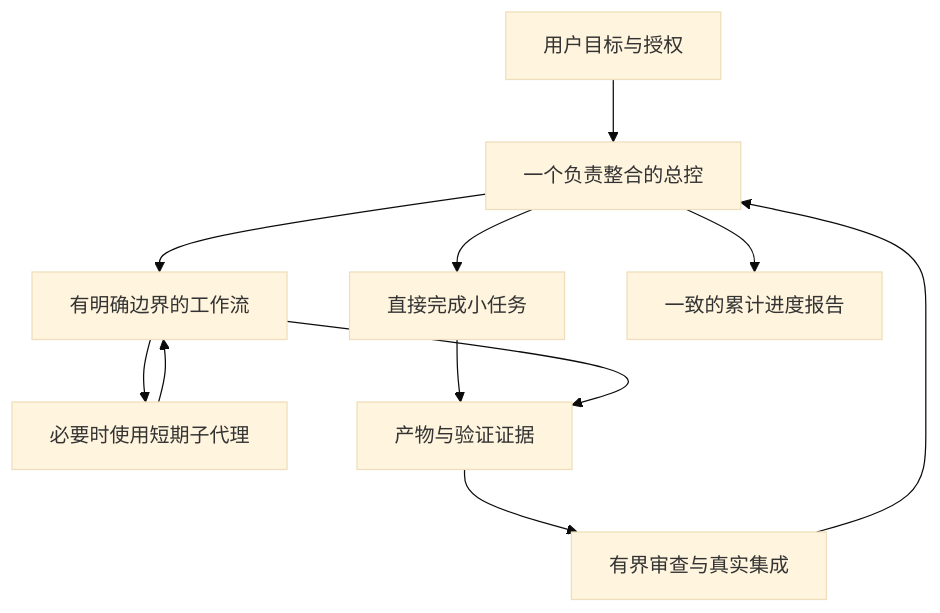
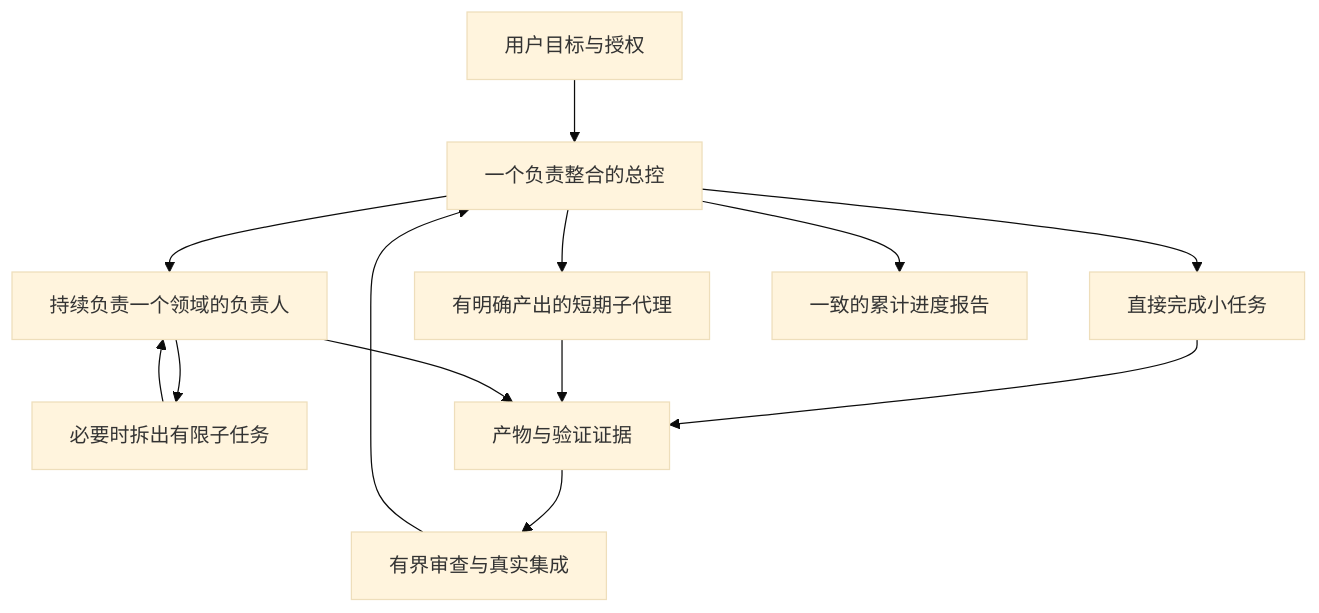
One commit to Eloiseyt/project-coordination changed the diagram in README.zh-CN.md. Above: the diagram before and after it, drawn with Mermaid (base theme). The commit also changed other lines of this file and 12 other files, not shown here.

````diff
--- a/README.zh-CN.md
+++ b/README.zh-CN.md
@@ -23,13 +31,15 @@
 ```mermaid
 flowchart TD
   U[用户目标与授权] --> L[一个负责整合的总控]
   L --> D[直接完成小任务]
-  L --> W[有明确边界的工作流]
-  W --> S[必要时使用短期子代理]
+  L --> W[持续负责一个领域的负责人]
+  L --> S[有明确产出的短期子代理]
+  W --> C[必要时拆出有限子任务]
   D --> E[产物与验证证据]
-  S --> W
+  S --> E
+  C --> W
   W --> E
   E --> R[有界审查与真实集成]
   R --> L
   L --> P[一致的累计进度报告]
 ```
````
